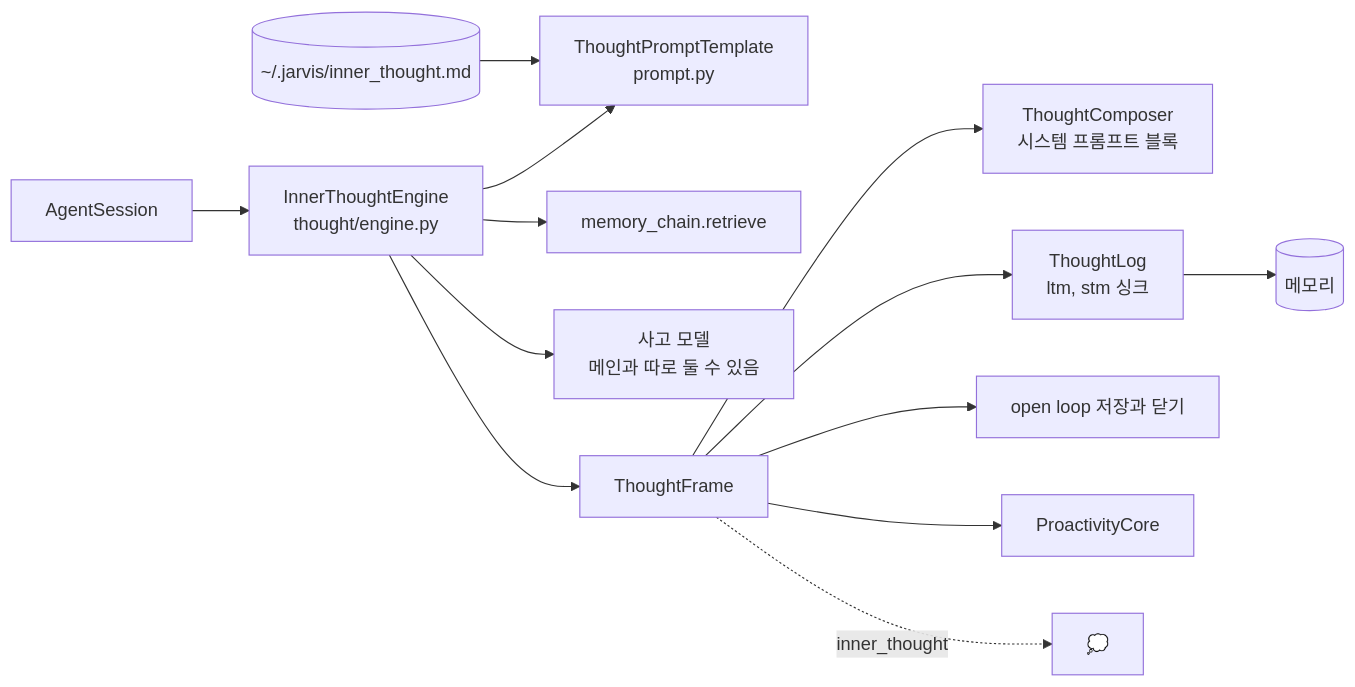
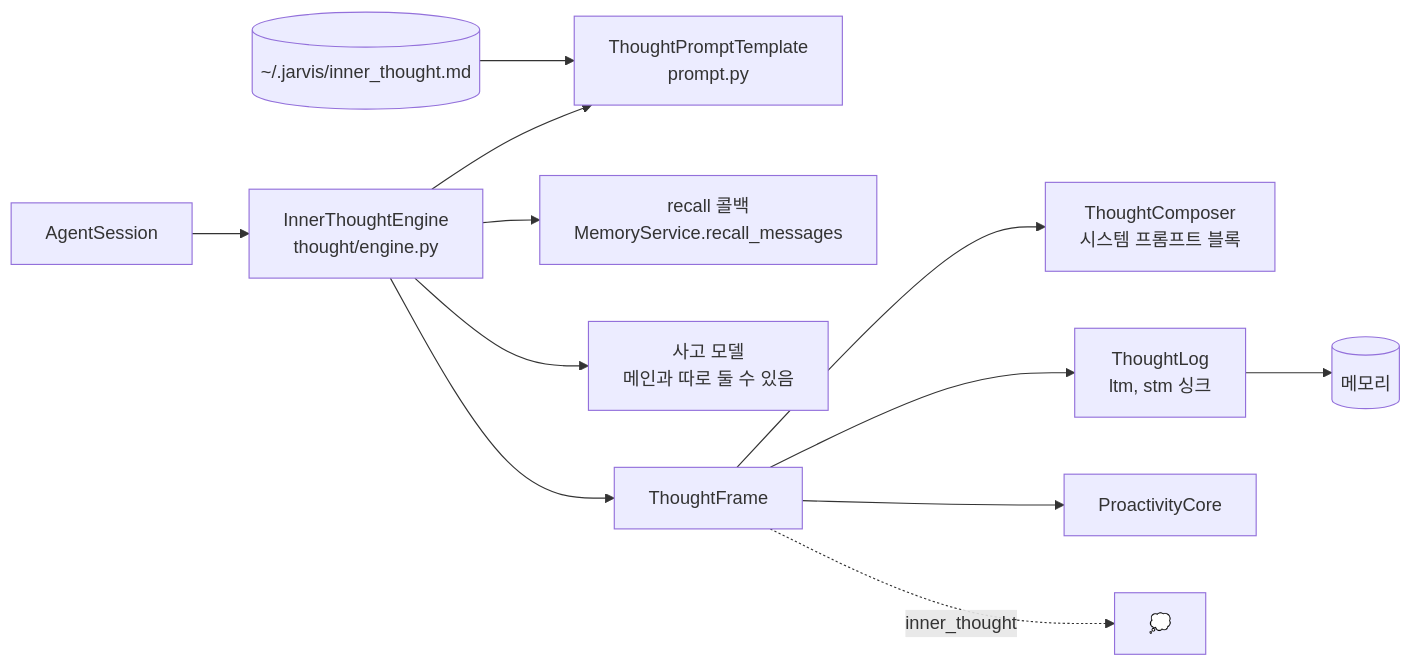
The fourth of 4 diagrams in website/docs/concepts/architecture/inner-thought.md (ash-hun/jarvis-agent), drawn with Mermaid before and after one commit. The commit also changed other lines of this file and 30 other files, not shown here.

First line of the commit message:
Docs: 기능별 그림 13장과 캡션, mermaid 를 지금 코드에 맞춰, 사라진 메모리 미들웨어와 ThoughtFrame 약속 필드를 지우고 이후 추가된 경로를 그린다 (#179)

````diff
--- a/website/docs/concepts/architecture/inner-thought.md
+++ b/website/docs/concepts/architecture/inner-thought.md
@@ -177,15 +177,14 @@
 ```mermaid
 flowchart LR
   SES[AgentSession] --> ENG[InnerThoughtEngine<br/>thought/engine.py]
   ENG --> TPL[ThoughtPromptTemplate<br/>prompt.py]
-  ENG --> REC[memory_chain.retrieve]
+  ENG --> REC[recall 콜백<br/>MemoryService.recall_messages]
   ENG --> TM[사고 모델<br/>메인과 따로 둘 수 있음]
   ENG --> FR[ThoughtFrame]
   FR --> CMP[ThoughtComposer<br/>시스템 프롬프트 블록]
   FR --> LOG[ThoughtLog<br/>ltm, stm 싱크]
-  FR --> OL[open loop 저장과 닫기]
   FR --> PRO[ProactivityCore]
   FR -. inner_thought .-> HUD[💭]
   USERTPL[(~/.jarvis/inner_thought.md)] --> TPL
   LOG --> MEM[(메모리)]
 ```
````
